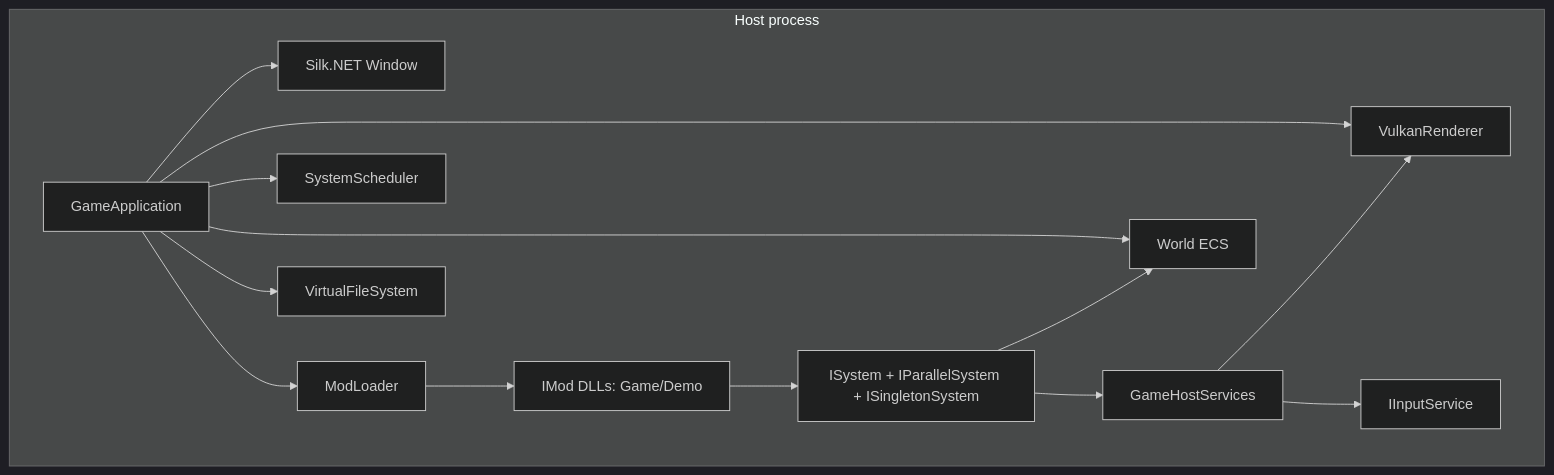
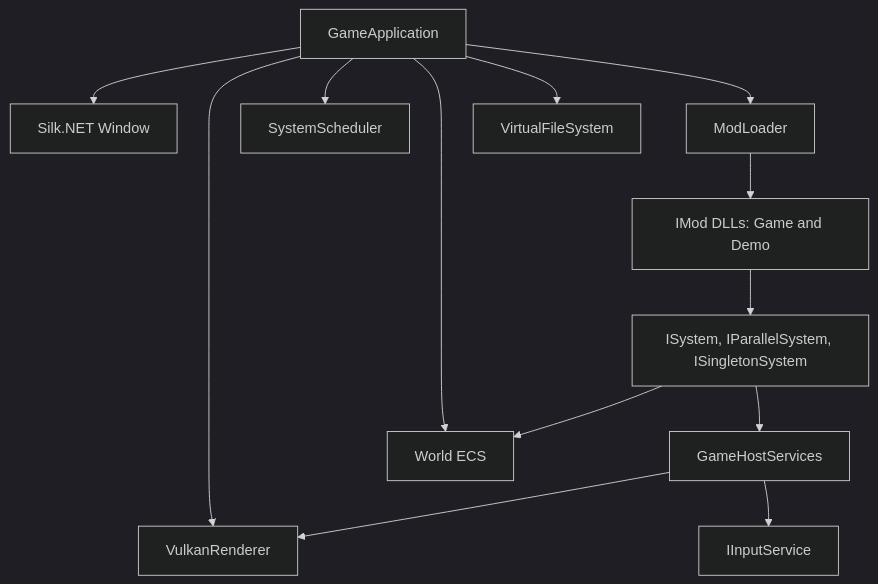
Before and after one commit to wallacet/Cyberland: the diagram in README.md, drawn with Mermaid (dark theme).

Commit message:
Actually fix mermaid graph for real v2.0

````diff
--- a/README.md
+++ b/README.md
@@ -205,29 +205,27 @@
 ```mermaid
-graph TB
-  subgraph HP[Host process]
-    GA[GameApplication]
-    WIN[Silk.NET Window]
-    VK[VulkanRenderer]
-    SCHED[SystemScheduler]
-    ECS[World ECS]
-    VFS[VirtualFileSystem]
-    ML[ModLoader]
-    MODS[IMod DLLs: Game/Demo]
-    SYS[ISystem + IParallelSystem + ISingletonSystem]
-    SVC[GameHostServices]
-    INP[IInputService]
+flowchart TB
+  GA["GameApplication"]
+  WIN["Silk.NET Window"]
+  VK["VulkanRenderer"]
+  SCHED["SystemScheduler"]
+  ECS["World ECS"]
+  VFS["VirtualFileSystem"]
+  ML["ModLoader"]
+  MODS["IMod DLLs: Game and Demo"]
+  SYS["ISystem, IParallelSystem, ISingletonSystem"]
+  SVC["GameHostServices"]
+  INP["IInputService"]
 
-    GA --> WIN
-    GA --> VK
-    GA --> SCHED
-    GA --> ECS
-    GA --> VFS
-    GA --> ML
-    ML --> MODS
-    MODS --> SYS
-    SYS --> ECS
-    SYS --> SVC
-    SVC --> VK
-    SVC --> INP
-  end
+  GA --> WIN
+  GA --> VK
+  GA --> SCHED
+  GA --> ECS
+  GA --> VFS
+  GA --> ML
+  ML --> MODS
+  MODS --> SYS
+  SYS --> ECS
+  SYS --> SVC
+  SVC --> VK
+  SVC --> INP
 ```
````
